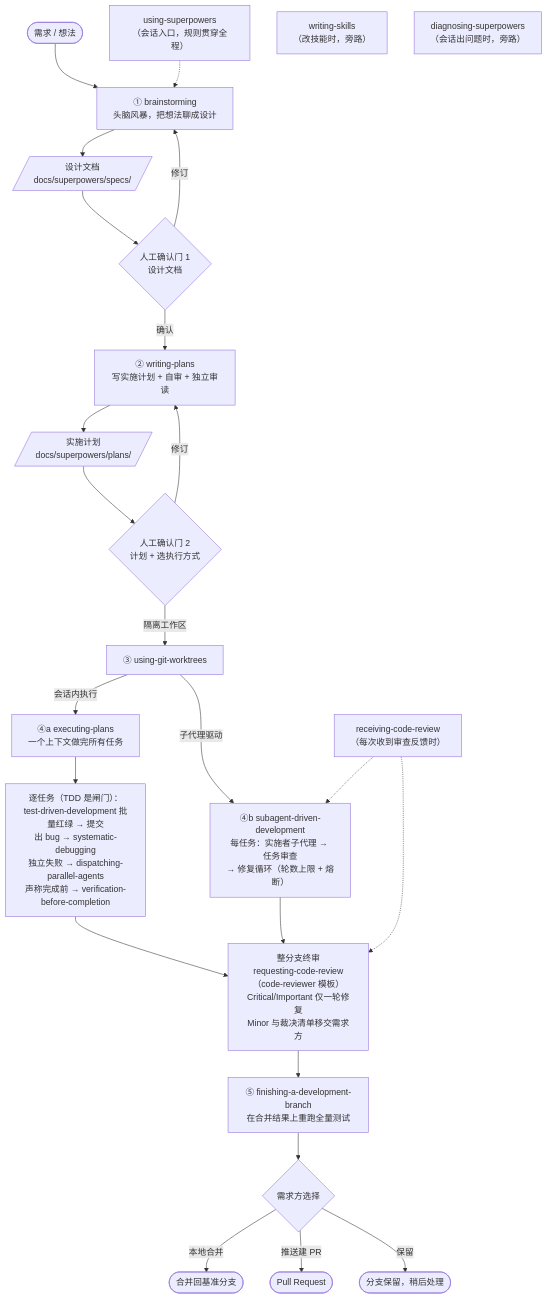
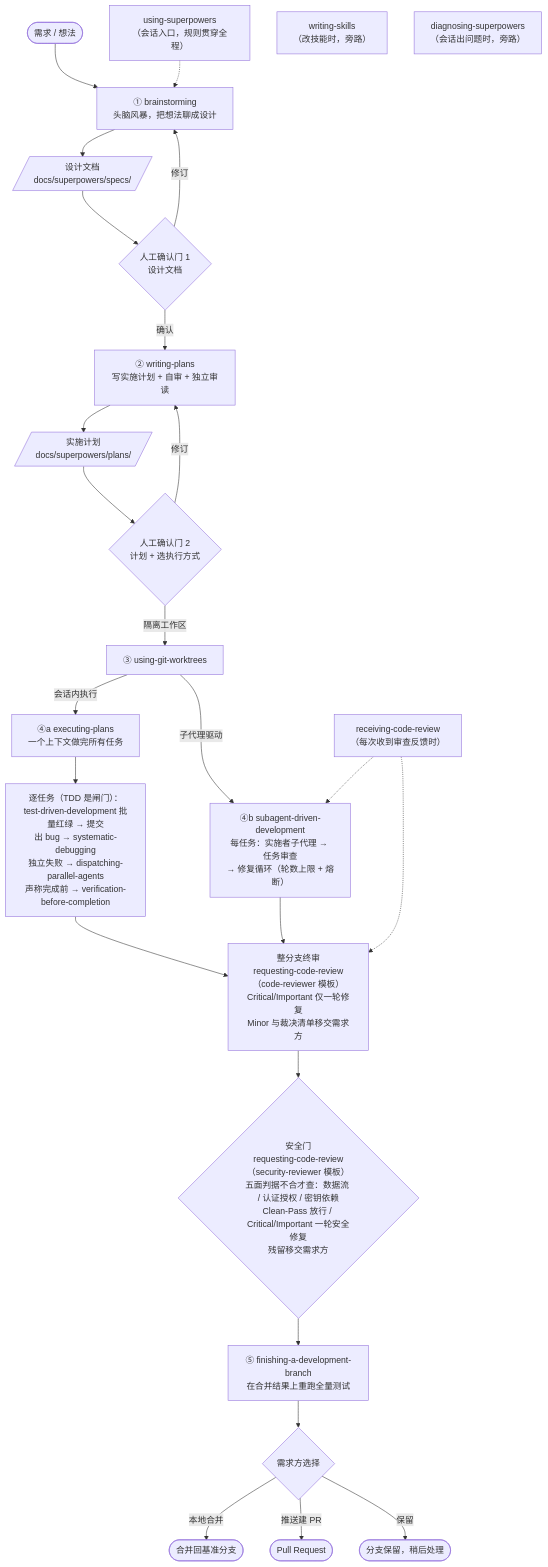
One commit to chuxiao/superpowers changed the diagram in docs/skills-map.md. Above: the diagram before and after it, drawn with Mermaid. The commit also changed other lines of this file, not shown here.

First line of the commit message:
技能地图同步安全门：主链路图加判定节点，审查模板分工表补两行

````diff
--- a/docs/skills-map.md
+++ b/docs/skills-map.md
@@ -8,33 +8,34 @@
 ```mermaid
 flowchart TD
     US["using-superpowers<br>（会话入口，规则贯穿全程）"]
     IDEA([需求 / 想法]) --> BS
     US -.-> BS
 
     BS["① brainstorming<br>头脑风暴，把想法聊成设计"] --> SPEC[/"设计文档<br>docs/superpowers/specs/"/]
     SPEC --> G1{"人工确认门 1<br>设计文档"}
     G1 -- "修订" --> BS
     G1 -- "确认" --> WP["② writing-plans<br>写实施计划 + 自审 + 独立审读"]
     WP --> PLAN[/"实施计划<br>docs/superpowers/plans/"/]
     PLAN --> G2{"人工确认门 2<br>计划 + 选执行方式"}
     G2 -- "修订" --> WP
 
     G2 -- "隔离工作区" --> WT["③ using-git-worktrees"]
     WT -- "会话内执行" --> EP["④a executing-plans<br>一个上下文做完所有任务"]
     WT -- "子代理驱动" --> SDD["④b subagent-driven-development<br>每任务：实施者子代理 → 任务审查<br>→ 修复循环（轮数上限 + 熔断）"]
 
     EP --> LOOP["逐任务（TDD 是闸门）：<br>test-driven-development 批量红绿 → 提交<br>出 bug → systematic-debugging<br>独立失败 → dispatching-parallel-agents<br>声称完成前 → verification-before-completion"]
     LOOP --> FR
 
     SDD --> FR["整分支终审<br>requesting-code-review（code-reviewer 模板）<br>Critical/Important 仅一轮修复<br>Minor 与裁决清单移交需求方"]
     RCR["receiving-code-review<br>（每次收到审查反馈时）"] -.-> SDD
     RCR -.-> FR
-    FR --> FIN["⑤ finishing-a-development-branch<br>在合并结果上重跑全量测试"]
+    FR --> SG{"安全门<br>requesting-code-review（security-reviewer 模板）<br>五面判据不合才查：数据流 / 认证授权 / 密钥依赖<br>Clean-Pass 放行 / Critical/Important 一轮安全修复<br>残留移交需求方"}
+    SG --> FIN["⑤ finishing-a-development-branch<br>在合并结果上重跑全量测试"]
     FIN --> DEC{"需求方选择"}
     DEC -- "本地合并" --> M([合并回基准分支])
     DEC -- "推送建 PR" --> P([Pull Request])
     DEC -- "保留" --> K([分支保留，稍后处理])
 
     WS["writing-skills<br>（改技能时，旁路）"]
     DS["diagnosing-superpowers<br>（会话出问题时，旁路）"]
 ```
````
